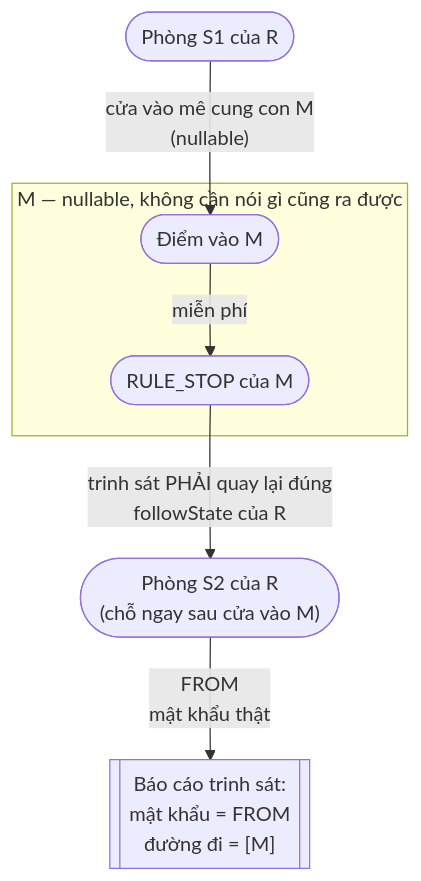
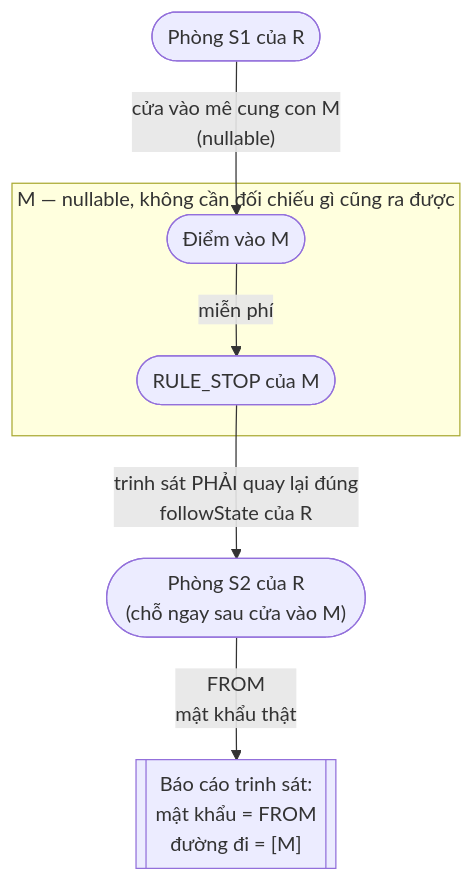
One commit to namnv98/naviq changed the seventh of 9 diagrams in flow.md. Above: the diagram before and after it, drawn with Mermaid. The commit also changed other lines of this file and 3 other files, not shown here.

````diff
--- a/flow.md
+++ b/flow.md
@@ -290,9 +328,9 @@
 ```mermaid
 flowchart TD
     S1(["Phòng S1 của R"]) -->|" cửa vào mê cung con M<br/>(nullable) "| M0(["Điểm vào M"])
-    subgraph MAZE2 [" M — nullable, không cần nói gì cũng ra được "]
+    subgraph MAZE2 [" M — nullable, không cần đối chiếu gì cũng ra được "]
         M0 -->|miễn phí| MSTOP(["RULE_STOP của M"])
     end
     MSTOP -->|" trinh sát PHẢI quay lại đúng<br/>followState của R "| S2(["Phòng S2 của R<br/>(chỗ ngay sau cửa vào M)"])
     S2 -->|" FROM<br/>mật khẩu thật "| E3[["Báo cáo trinh sát:<br/>mật khẩu = FROM<br/>đường đi = [M]"]]
 ```
````
